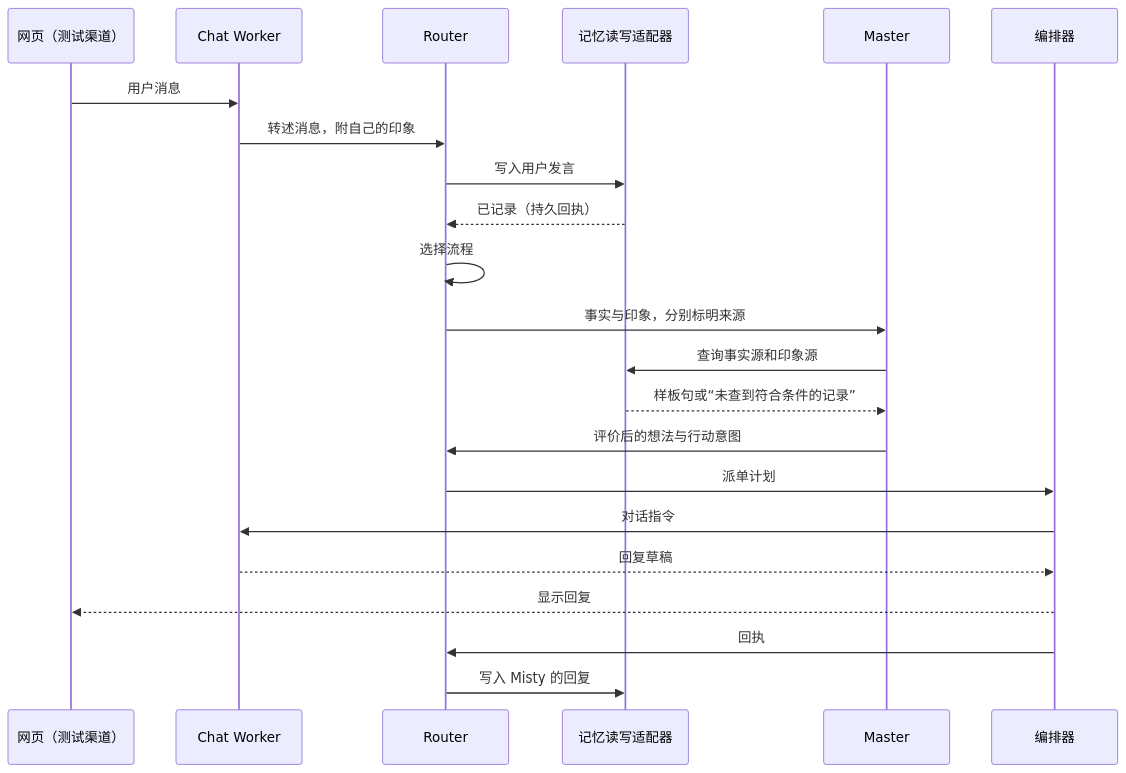
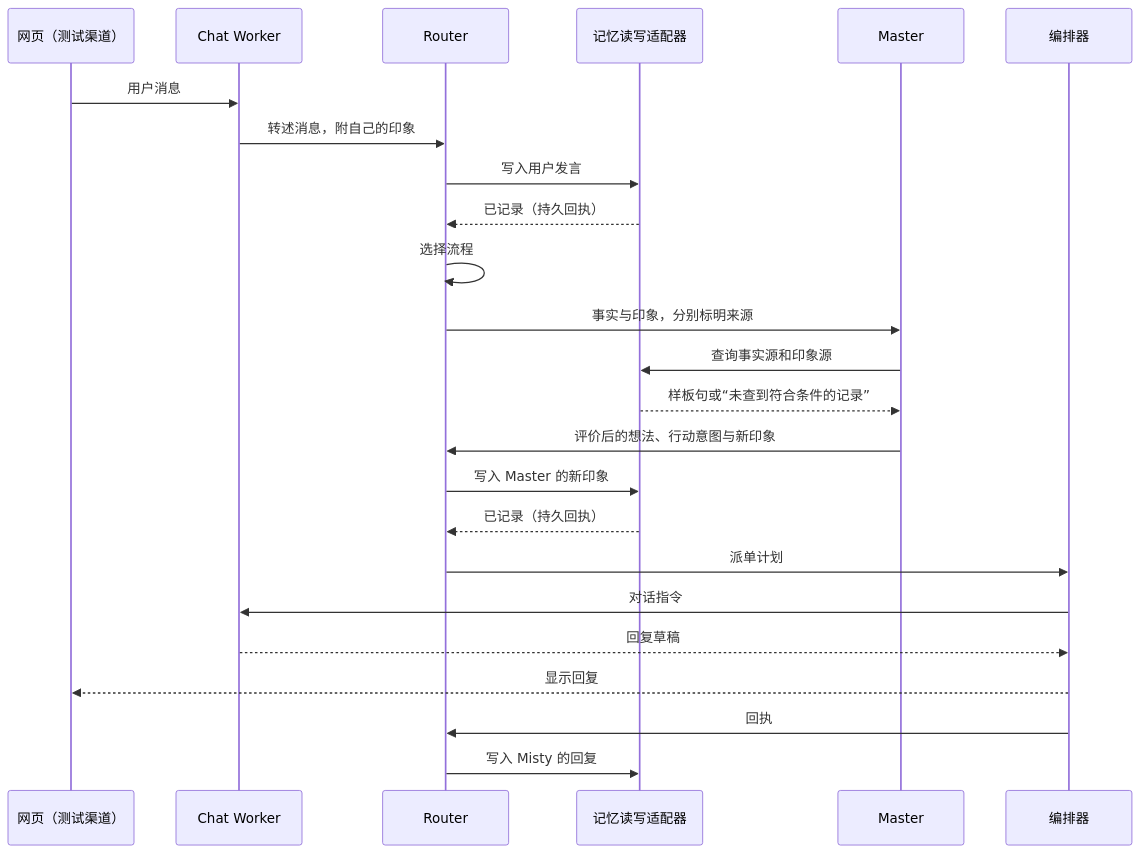
One commit to QiuYuAkiGO/NeuralCloud changed the diagram in docs/proposals/console-free-chat-pipeline-20261121.md. Above: the diagram before and after it, drawn with Mermaid. The commit also changed other lines of this file, not shown here.

Commit message:
自由对话方案写入已定事项：接常驻记忆服务、Master 印象入库、Router 拆解派单、任务 Worker 暂不接入

````diff
--- a/docs/proposals/console-free-chat-pipeline-20261121.md
+++ b/docs/proposals/console-free-chat-pipeline-20261121.md
@@ -22,24 +22,26 @@
 ```mermaid
 sequenceDiagram
     participant U as 网页（测试渠道）
     participant C as Chat Worker
     participant R as Router
     participant K as 记忆读写适配器
     participant M as Master
     participant O as 编排器
     U->>C: 用户消息
     C->>R: 转述消息，附自己的印象
     R->>K: 写入用户发言
     K-->>R: 已记录（持久回执）
     R->>R: 选择流程
     R->>M: 事实与印象，分别标明来源
     M->>K: 查询事实源和印象源
     K-->>M: 样板句或“未查到符合条件的记录”
-    M->>R: 评价后的想法与行动意图
+    M->>R: 评价后的想法、行动意图与新印象
+    R->>K: 写入 Master 的新印象
+    K-->>R: 已记录（持久回执）
     R->>O: 派单计划
     O->>C: 对话指令
     C-->>O: 回复草稿
     O-->>U: 显示回复
     O->>R: 回执
     R->>K: 写入 Misty 的回复
 ```
````
